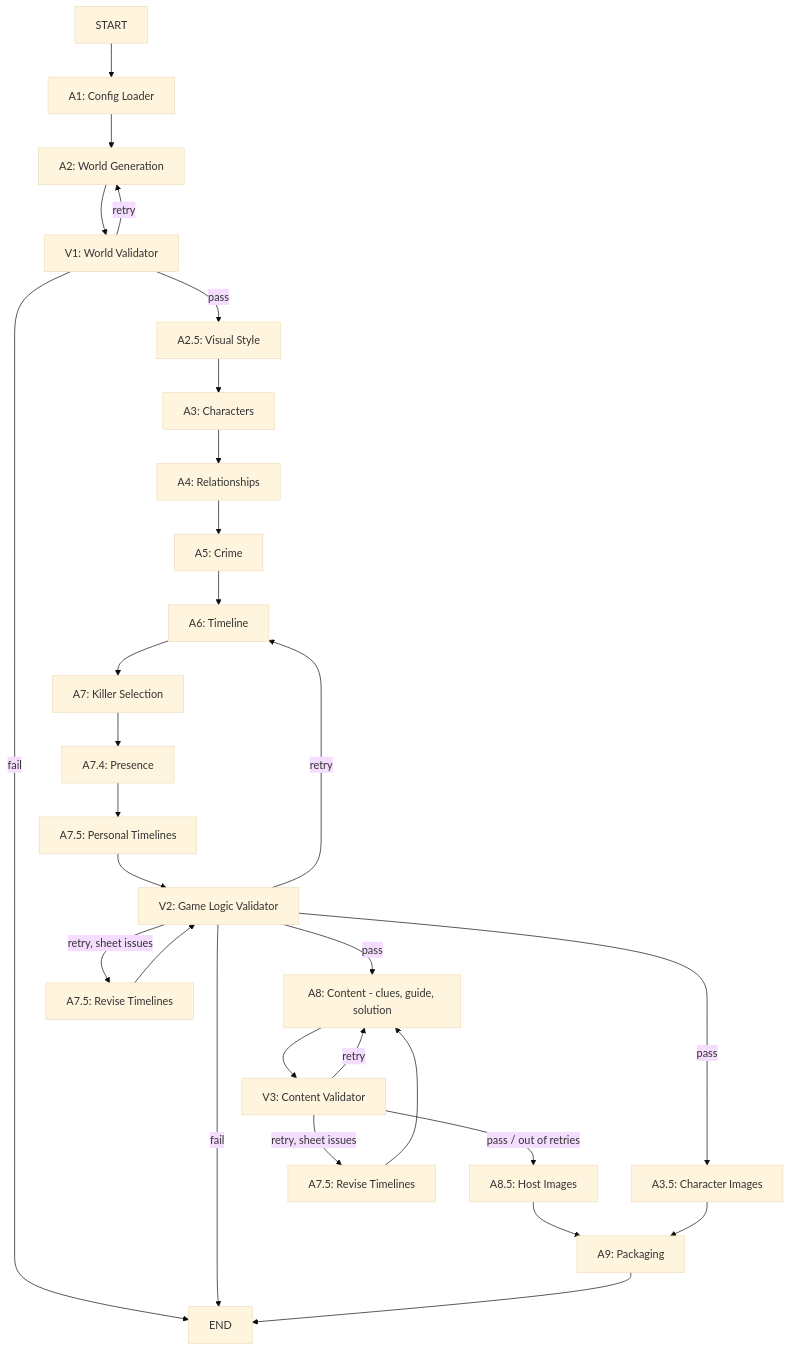
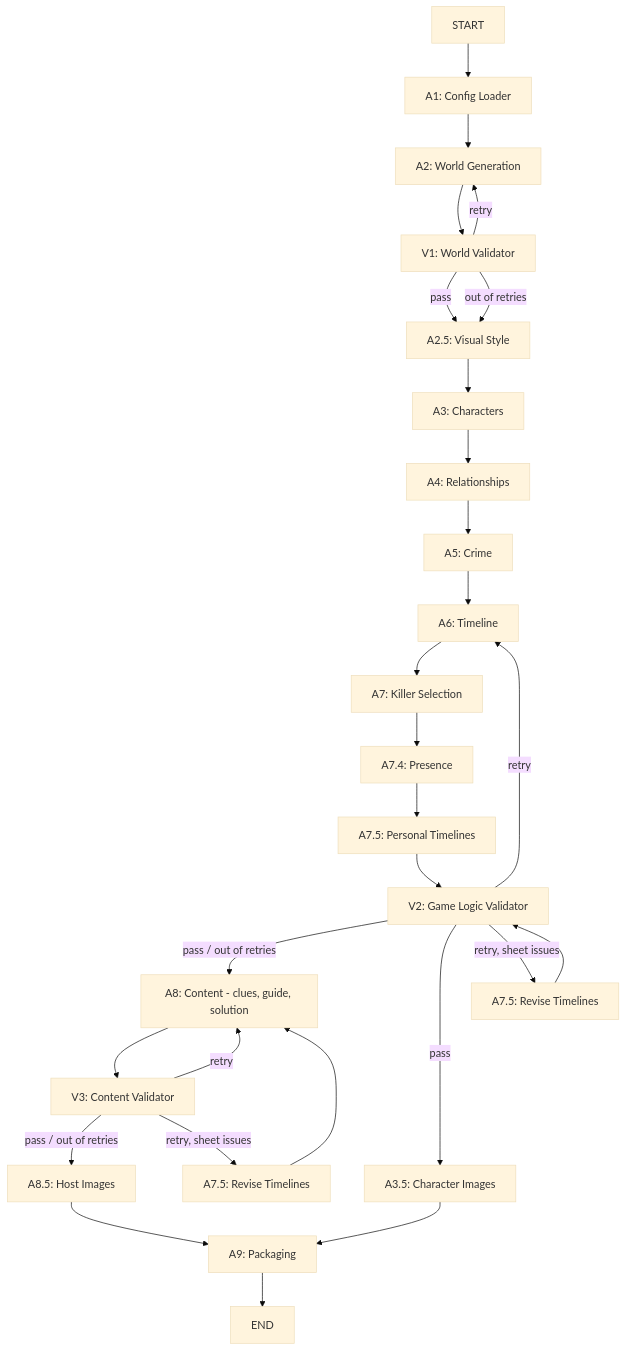
Before and after one commit to juanje/mystery-agents: the diagram in docs/DEVELOPER_GUIDE.md, drawn with Mermaid (base theme). The commit also changed other lines of this file and 4 other files, not shown here.

First line of the commit message:
fix: keep the game when V1 or V2 run out of retries

````diff
--- a/docs/DEVELOPER_GUIDE.md
+++ b/docs/DEVELOPER_GUIDE.md
@@ -99,31 +99,30 @@
 ```mermaid
 graph TD
     START --> A1[A1: Config Loader]
     A1 --> A2[A2: World Generation]
     A2 --> V1[V1: World Validator]
     V1 -->|pass| A2_5[A2.5: Visual Style]
     V1 -->|retry| A2
-    V1 -->|fail| END
+    V1 -->|out of retries| A2_5
     A2_5 --> A3[A3: Characters]
     A3 --> A4[A4: Relationships]
     A4 --> A5[A5: Crime]
     A5 --> A6[A6: Timeline]
     A6 --> A7[A7: Killer Selection]
     A7 --> A7_4[A7.4: Presence]
     A7_4 --> A7_5[A7.5: Personal Timelines]
     A7_5 --> V2[V2: Game Logic Validator]
-    V2 -->|pass| A8[A8: Content - clues, guide, solution]
+    V2 -->|pass / out of retries| A8[A8: Content - clues, guide, solution]
     V2 -->|pass| A3_5[A3.5: Character Images]
     V2 -->|retry| A6
     V2 -->|retry, sheet issues| R1[A7.5: Revise Timelines]
     R1 --> V2
-    V2 -->|fail| END
     A8 --> V3[V3: Content Validator]
     V3 -->|pass / out of retries| A8_5[A8.5: Host Images]
     V3 -->|retry| A8
     V3 -->|retry, sheet issues| R2[A7.5: Revise Timelines]
     R2 --> A8
     A8_5 --> A9[A9: Packaging]
     A3_5 --> A9
     A9 --> END
 ```
````
